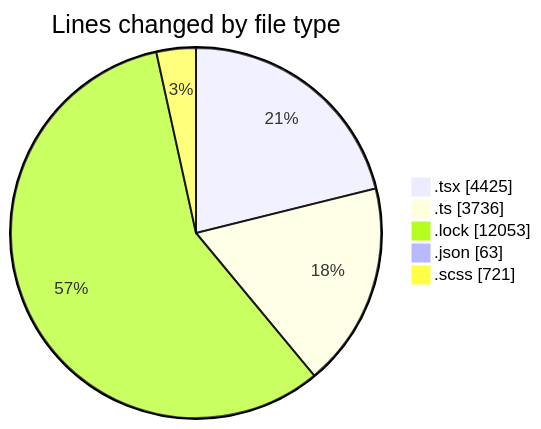
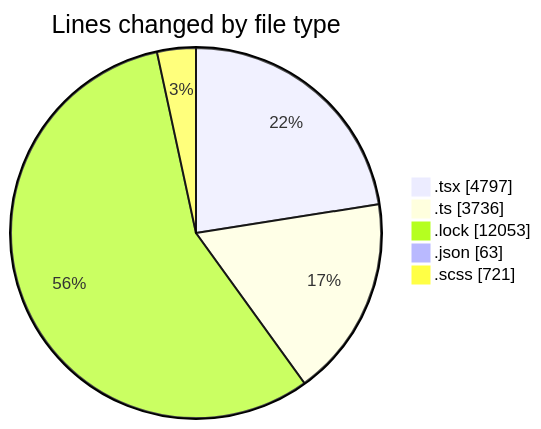
Before and after one commit to momahboobian/code-tracking: the first of 2 diagrams in 2025-12-03/cda/README.md, drawn with Mermaid. The commit also changed other lines of this file and 1 other file, not shown here.

````diff
--- a/2025-12-03/cda/README.md
+++ b/2025-12-03/cda/README.md
@@ -32,9 +32,9 @@
 ```mermaid
 pie showData
 title Lines changed by file type
-".tsx" : 4425
+".tsx" : 4797
 ".ts" : 3736
 ".lock" : 12053
 ".json" : 63
 ".scss" : 721
 ```
````
